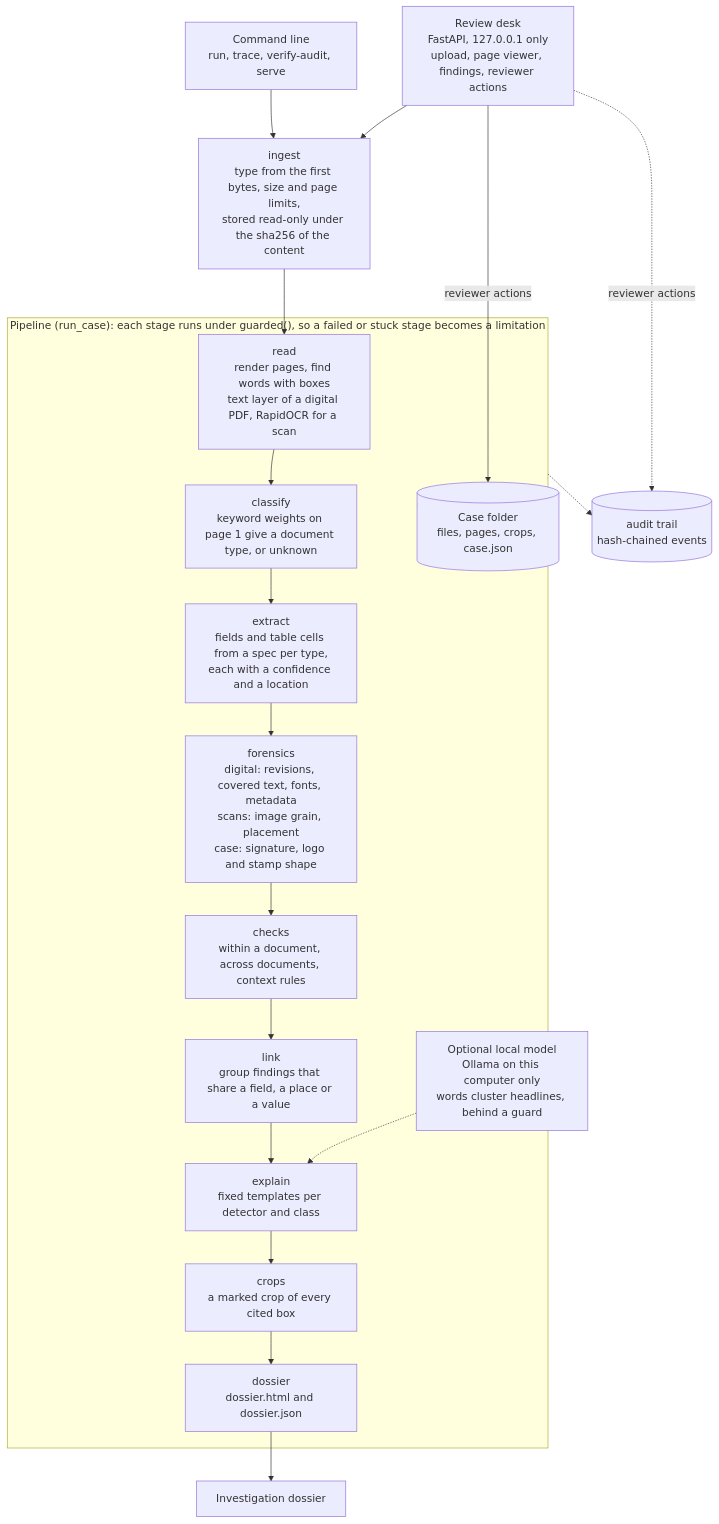
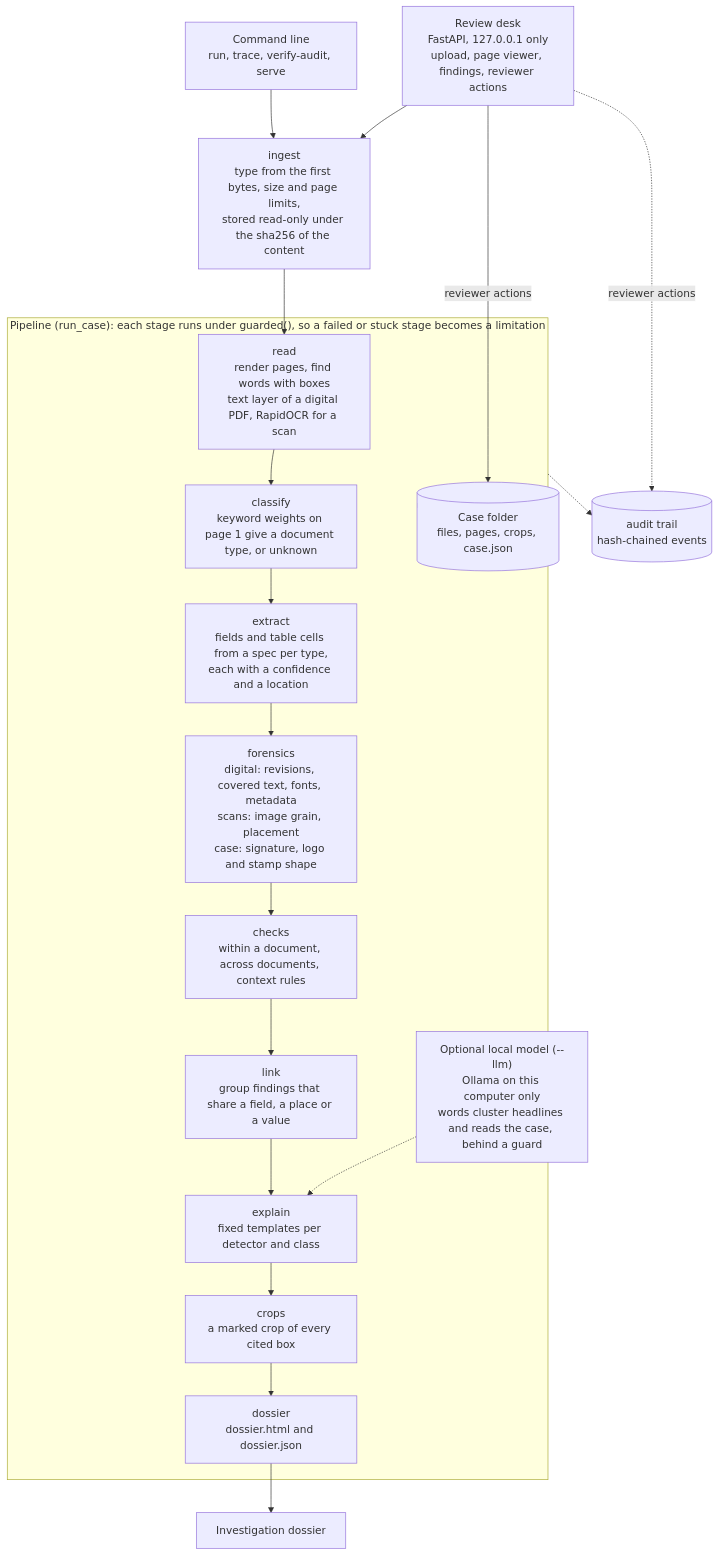
One commit to BU1lDR/docforensics changed the diagram in docs/architecture.md. Above: the diagram before and after it, drawn with Mermaid. The commit also changed other lines of this file and 3 other files, not shown here.

Commit message:
Task 22 docs: --llm in README and architecture, limitation 30 and the language-model row rewritten from the measurements

````diff
--- a/docs/architecture.md
+++ b/docs/architecture.md
@@ -5,32 +5,32 @@
 ```mermaid
 flowchart TD
     cli["Command line<br/>run, trace, verify-audit, serve"]
     desk["Review desk<br/>FastAPI, 127.0.0.1 only<br/>upload, page viewer, findings, reviewer actions"]
     ingest["ingest<br/>type from the first bytes, size and page limits,<br/>stored read-only under the sha256 of the content"]
     cli --> ingest
     desk --> ingest
     ingest --> read
 
     subgraph pipeline["Pipeline (run_case): each stage runs under guarded(), so a failed or stuck stage becomes a limitation"]
         read["read<br/>render pages, find words with boxes<br/>text layer of a digital PDF, RapidOCR for a scan"]
         classify["classify<br/>keyword weights on page 1 give a document type, or unknown"]
         extract["extract<br/>fields and table cells from a spec per type,<br/>each with a confidence and a location"]
         forensics["forensics<br/>digital: revisions, covered text, fonts, metadata<br/>scans: image grain, placement<br/>case: signature, logo and stamp shape"]
         checks["checks<br/>within a document, across documents, context rules"]
         link["link<br/>group findings that share a field, a place or a value"]
         explain["explain<br/>fixed templates per detector and class"]
         crops["crops<br/>a marked crop of every cited box"]
         dossier["dossier<br/>dossier.html and dossier.json"]
         read --> classify --> extract --> forensics --> checks --> link --> explain --> crops --> dossier
     end
 
-    llm["Optional local model<br/>Ollama on this computer only<br/>words cluster headlines, behind a guard"]
+    llm["Optional local model (--llm)<br/>Ollama on this computer only<br/>words cluster headlines and reads the case, behind a guard"]
     llm -.-> explain
     casefolder[("Case folder<br/>files, pages, crops, case.json")]
     audit[("audit trail<br/>hash-chained events")]
     pipeline --> casefolder
     pipeline -.-> audit
     desk -->|"reviewer actions"| casefolder
     desk -.->|"reviewer actions"| audit
     dossier --> report["Investigation dossier"]
 ```
````
